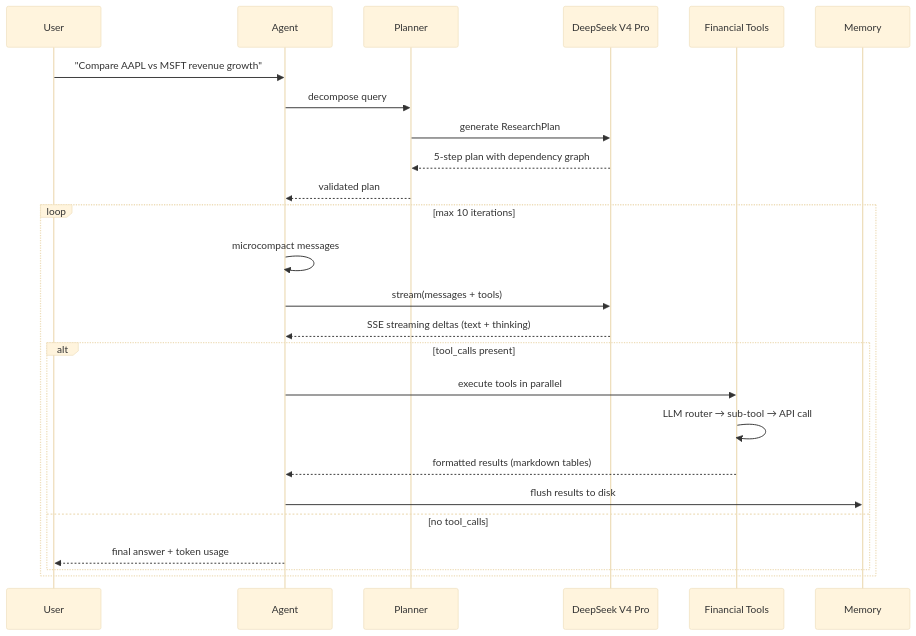
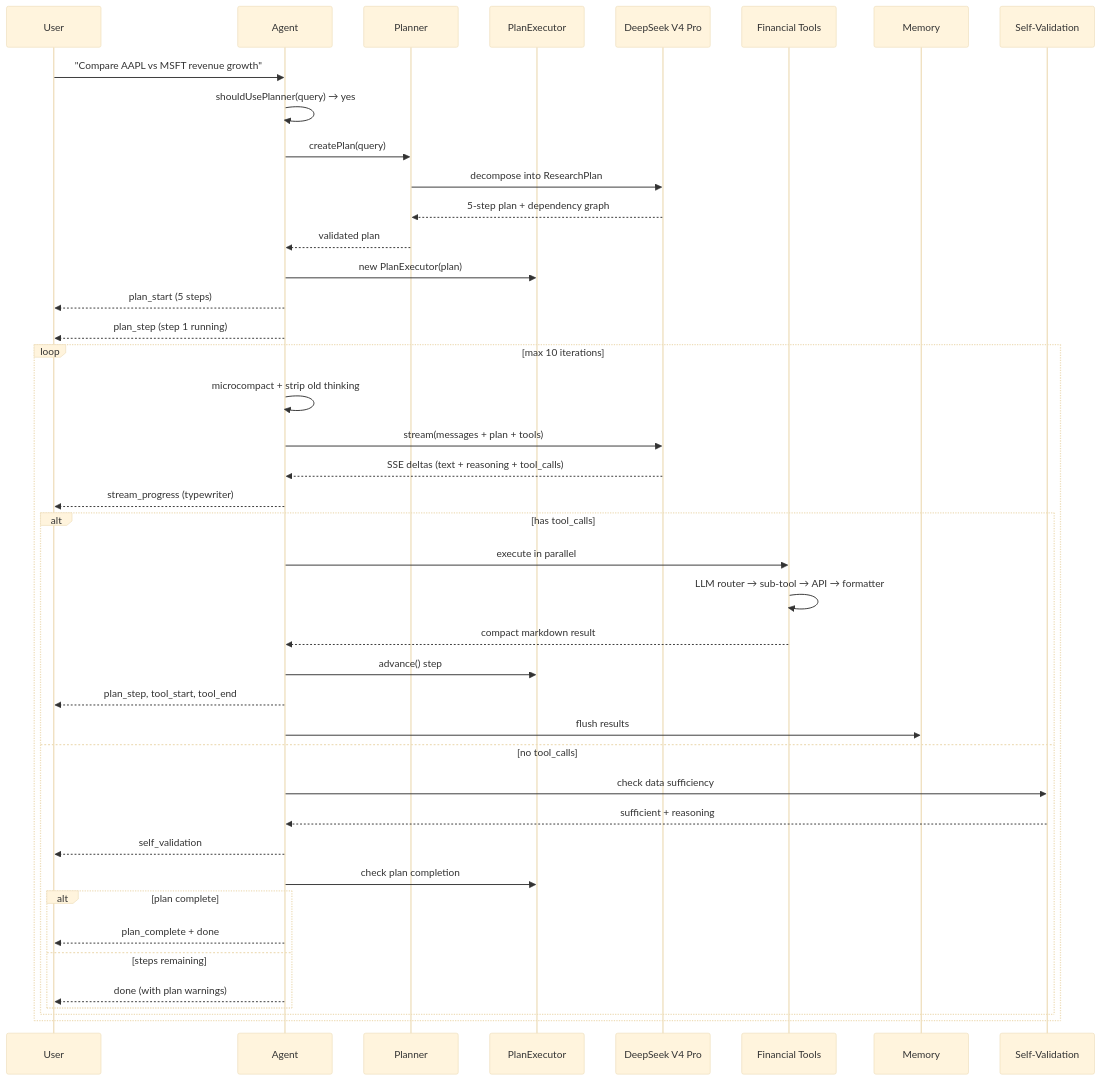
Before and after one commit to jayome7088-rgb/quant-agent: the second of 2 diagrams in README.md, drawn with Mermaid (base theme). The commit also changed other lines of this file, not shown here.

First line of the commit message:
docs: comprehensive README — architecture diagram, event system, CLI mockup, tools reference

````diff
--- a/README.md
+++ b/README.md
@@ -124,29 +100,47 @@
 ```mermaid
 sequenceDiagram
     participant User
     participant Agent
     participant Planner
+    participant PlanExec as PlanExecutor
     participant LLM as DeepSeek V4 Pro
     participant Tools as Financial Tools
     participant Memory
+    participant Validation as Self-Validation
 
     User->>Agent: "Compare AAPL vs MSFT revenue growth"
-    Agent->>Planner: decompose query
-    Planner->>LLM: generate ResearchPlan
-    LLM-->>Planner: 5-step plan with dependency graph
+    Agent->>Agent: shouldUsePlanner(query) → yes
+    Agent->>Planner: createPlan(query)
+    Planner->>LLM: decompose into ResearchPlan
+    LLM-->>Planner: 5-step plan + dependency graph
     Planner-->>Agent: validated plan
+    Agent->>PlanExec: new PlanExecutor(plan)
+    Agent-->>User: plan_start (5 steps)
+    Agent-->>User: plan_step (step 1 running)
 
     loop max 10 iterations
-        Agent->>Agent: microcompact messages
-        Agent->>LLM: stream(messages + tools)
-        LLM-->>Agent: SSE streaming deltas (text + thinking)
-        alt tool_calls present
-            Agent->>Tools: execute tools in parallel
-            Tools->>Tools: LLM router → sub-tool → API call
-            Tools-->>Agent: formatted results (markdown tables)
-            Agent->>Memory: flush results to disk
+        Agent->>Agent: microcompact + strip old thinking
+        Agent->>LLM: stream(messages + plan + tools)
+        LLM-->>Agent: SSE deltas (text + reasoning + tool_calls)
+        Agent-->>User: stream_progress (typewriter)
+
+        alt has tool_calls
+            Agent->>Tools: execute in parallel
+            Tools->>Tools: LLM router → sub-tool → API → formatter
+            Tools-->>Agent: compact markdown result
+            Agent->>PlanExec: advance() step
+            Agent-->>User: plan_step, tool_start, tool_end
+            Agent->>Memory: flush results
         else no tool_calls
-            Agent-->>User: final answer + token usage
+            Agent->>Validation: check data sufficiency
+            Validation-->>Agent: sufficient + reasoning
+            Agent-->>User: self_validation
+            Agent->>PlanExec: check plan completion
+            alt plan complete
+                Agent-->>User: plan_complete + done
+            else steps remaining
+                Agent-->>User: done (with plan warnings)
+            end
         end
     end
 ```
````
